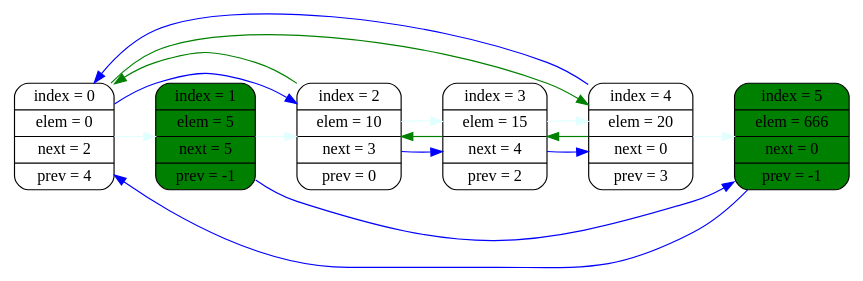
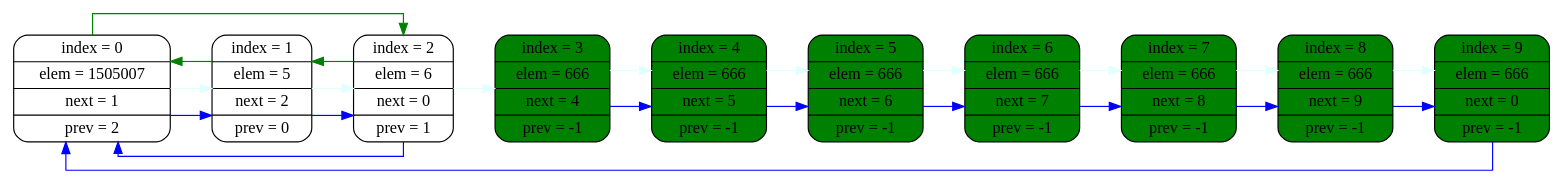
The diagram in graph.dot (Herald-0f-l1fe/LIST), drawn with Graphviz before and after one commit. The commit also changed 12 other files, not shown here.

```diff
--- a/graph.dot
+++ b/graph.dot
@@ -1,24 +1,37 @@
 digraph G {
 rankdir=LR
-0 [shape=Mrecord, label ="  index = 0 | elem = 0 | next = 2 | prev = 4   "];
-0->2[color="blue"];
-0->4[color="green"]
-1 [shape=Mrecord, label ="  index = 1 | elem = 5 | next = 5 | prev = -1   ",style=filled, fillcolor=green];
-1->5[color="blue"];
-2 [shape=Mrecord, label ="  index = 2 | elem = 10 | next = 3 | prev = 0   "];
-2->3[color="blue"];
-2->0[color="green"]
-3 [shape=Mrecord, label ="  index = 3 | elem = 15 | next = 4 | prev = 2   "];
+splines=ortho
+node [style=filled, fillcolor=red, fontcolor=white, shape=octagon]
+0 [shape=Mrecord, label ="index = 0 | elem = 1505007 | next = 1 | prev = 2", style=filled, fontcolor="black", fillcolor=white];
+0->1[color="blue"];
+0->2[color="green"]
+1 [shape=Mrecord, label ="index = 1 | elem = 5 | next = 2 | prev = 0", style=filled, fontcolor="black", fillcolor=white];
+1->2[color="blue"];
+1->0[color="green"]
+2 [shape=Mrecord, label ="index = 2 | elem = 6 | next = 0 | prev = 1", style=filled, fontcolor="black", fillcolor=white];
+2->0[color="blue"];
+2->1[color="green"]
+3 [shape=Mrecord, label ="index = 3 | elem = 666 | next = 4 | prev = -1", style=filled, fontcolor="black", fillcolor=green];
 3->4[color="blue"];
-3->2[color="green"]
-4 [shape=Mrecord, label ="  index = 4 | elem = 20 | next = 0 | prev = 3   "];
-4->0[color="blue"];
-4->3[color="green"]
-5 [shape=Mrecord, label ="  index = 5 | elem = 666 | next = 0 | prev = -1   ",style=filled, fillcolor=green];
-5->0[color="blue"];
+4 [shape=Mrecord, label ="index = 4 | elem = 666 | next = 5 | prev = -1", style=filled, fontcolor="black", fillcolor=green];
+4->5[color="blue"];
+5 [shape=Mrecord, label ="index = 5 | elem = 666 | next = 6 | prev = -1", style=filled, fontcolor="black", fillcolor=green];
+5->6[color="blue"];
+6 [shape=Mrecord, label ="index = 6 | elem = 666 | next = 7 | prev = -1", style=filled, fontcolor="black", fillcolor=green];
+6->7[color="blue"];
+7 [shape=Mrecord, label ="index = 7 | elem = 666 | next = 8 | prev = -1", style=filled, fontcolor="black", fillcolor=green];
+7->8[color="blue"];
+8 [shape=Mrecord, label ="index = 8 | elem = 666 | next = 9 | prev = -1", style=filled, fontcolor="black", fillcolor=green];
+8->9[color="blue"];
+9 [shape=Mrecord, label ="index = 9 | elem = 666 | next = 0 | prev = -1", style=filled, fontcolor="black", fillcolor=green];
+9->0[color="blue"];
 0->1[color="lightcyan" weight=5000]
 1->2[color="lightcyan" weight=5000]
 2->3[color="lightcyan" weight=5000]
 3->4[color="lightcyan" weight=5000]
 4->5[color="lightcyan" weight=5000]
+5->6[color="lightcyan" weight=5000]
+6->7[color="lightcyan" weight=5000]
+7->8[color="lightcyan" weight=5000]
+8->9[color="lightcyan" weight=5000]
 }
```
